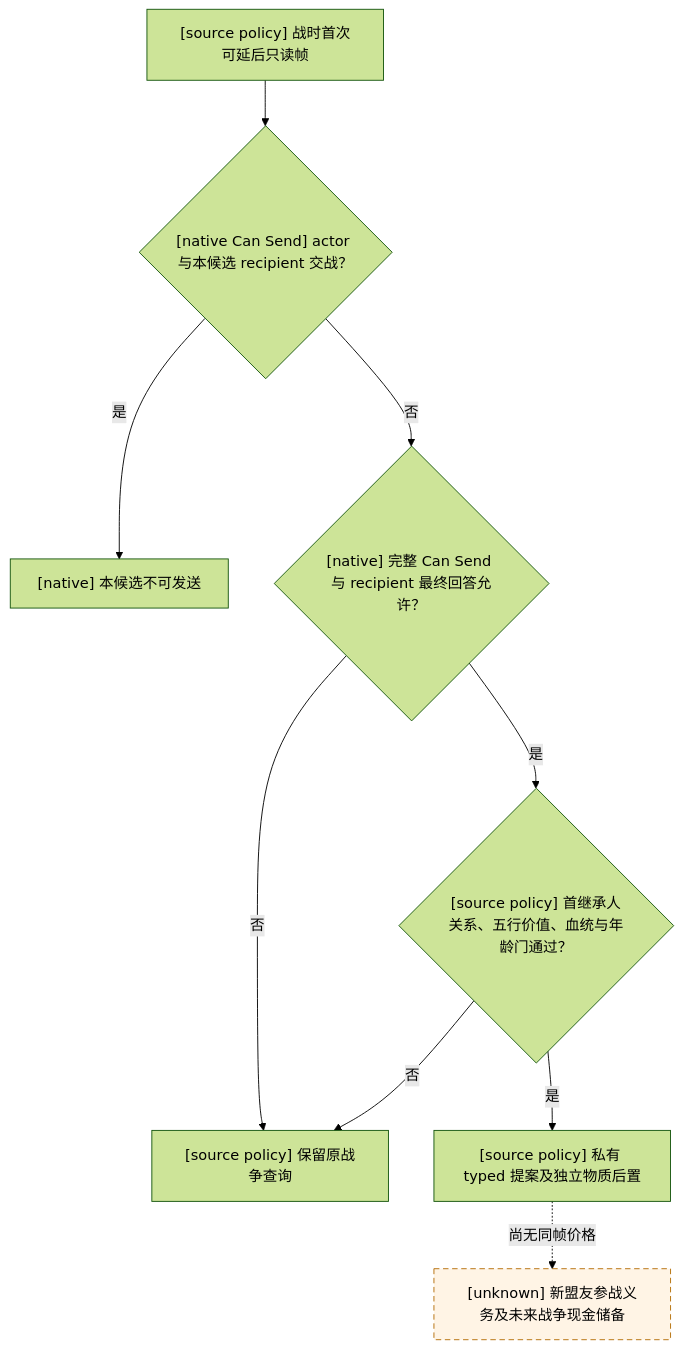
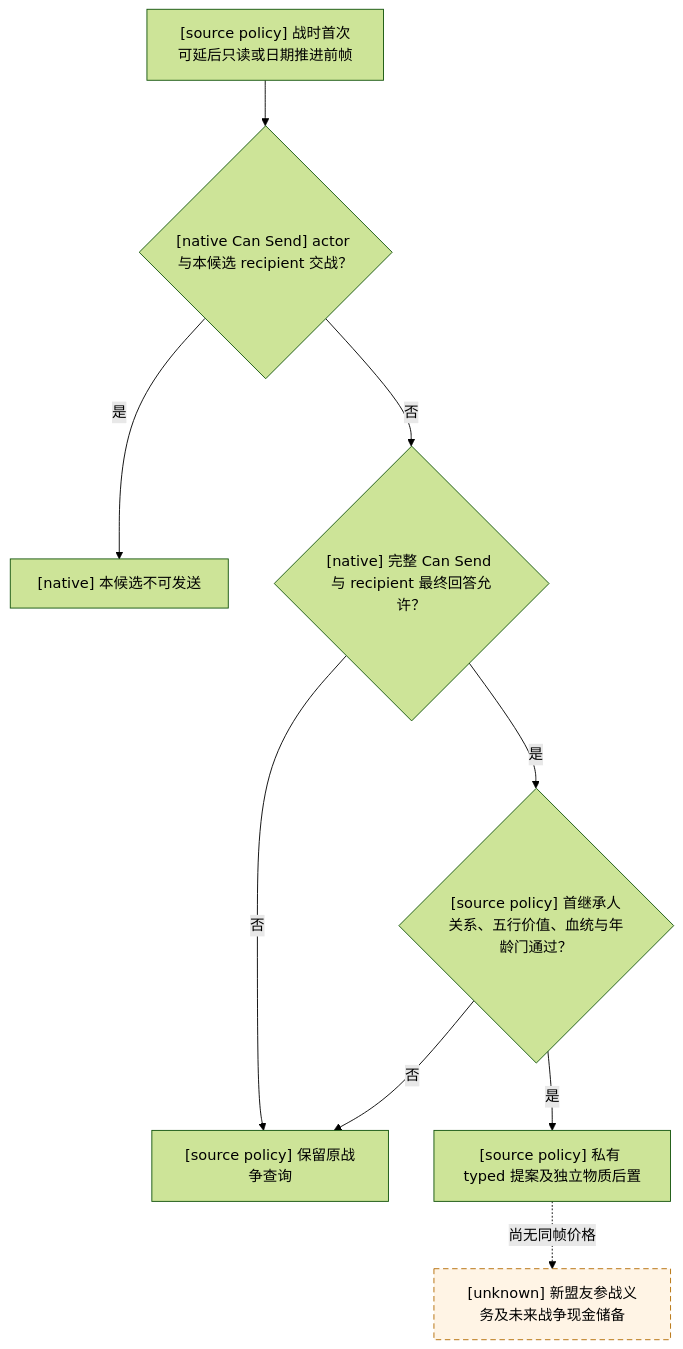
Before and after one commit to XenoAmess/ck3_eternal_recurrence: the first of 11 diagrams in docs/ck3-native-ai/marriage-and-alliance.md, drawn with Mermaid (forest theme). The commit also changed other lines of this file and 3 other files, not shown here.

````diff
--- a/docs/ck3-native-ai/marriage-and-alliance.md
+++ b/docs/ck3-native-ai/marriage-and-alliance.md
@@ -9,13 +9,13 @@
 ```mermaid
 flowchart TD
-    A["[source policy] 战时首次可延后只读帧"] --> B{"[native Can Send] actor 与本候选 recipient 交战？"}
+    A["[source policy] 战时首次可延后只读或日期推进前帧"] --> B{"[native Can Send] actor 与本候选 recipient 交战？"}
     B -->|是| X["[native] 本候选不可发送"]
     B -->|否| C{"[native] 完整 Can Send 与 recipient 最终回答允许？"}
     C -->|否| W["[source policy] 保留原战争查询"]
     C -->|是| D{"[source policy] 首继承人关系、五行价值、血统与年龄门通过？"}
     D -->|否| W
     D -->|是| E["[source policy] 私有 typed 提案及独立物质后置"]
     E -. "尚无同帧价格" .-> U["[unknown] 新盟友参战义务及未来战争现金储备"]
     classDef unknown stroke-dasharray: 6 4,fill:#fff4e5,stroke:#b36b00;
     class U unknown;
 ```
````
